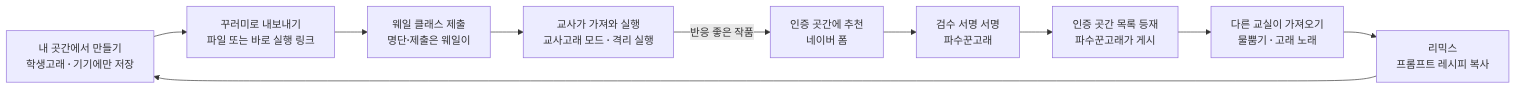
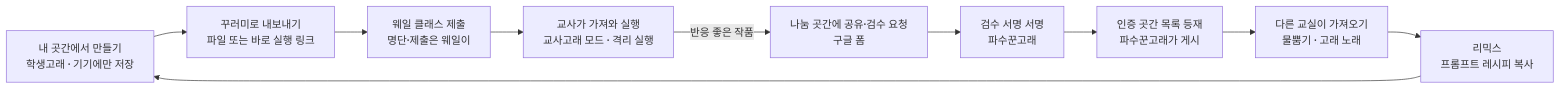
The diagram in docs/PRD.md (codersongpro/gorae), drawn with Mermaid before and after one commit. The commit also changed other lines of this file and 65 other files, not shown here.

````diff
--- a/docs/PRD.md
+++ b/docs/PRD.md
@@ -129,12 +129,12 @@
 ```mermaid
 flowchart LR
   A["내 곳간에서 만들기<br/>학생고래 · 기기에만 저장"] --> B["꾸러미로 내보내기<br/>파일 또는 바로 실행 링크"]
   B --> C["웨일 클래스 제출<br/>명단·제출은 웨일이"]
   C --> D["교사가 가져와 실행<br/>교사고래 모드 · 격리 실행"]
-  D -- 반응 좋은 작품 --> E["인증 곳간에 추천<br/>네이버 폼"]
+  D -- 반응 좋은 작품 --> E["나눔 곳간에 공유·검수 요청<br/>구글 폼"]
   E --> F["검수 서명 서명<br/>파수꾼고래"]
   F --> G["인증 곳간 목록 등재<br/>파수꾼고래가 게시"]
   G --> H["다른 교실이 가져오기<br/>물뿜기 · 고래 노래"]
   H --> I["리믹스<br/>프롬프트 레시피 복사"]
   I --> A
 ```
````
